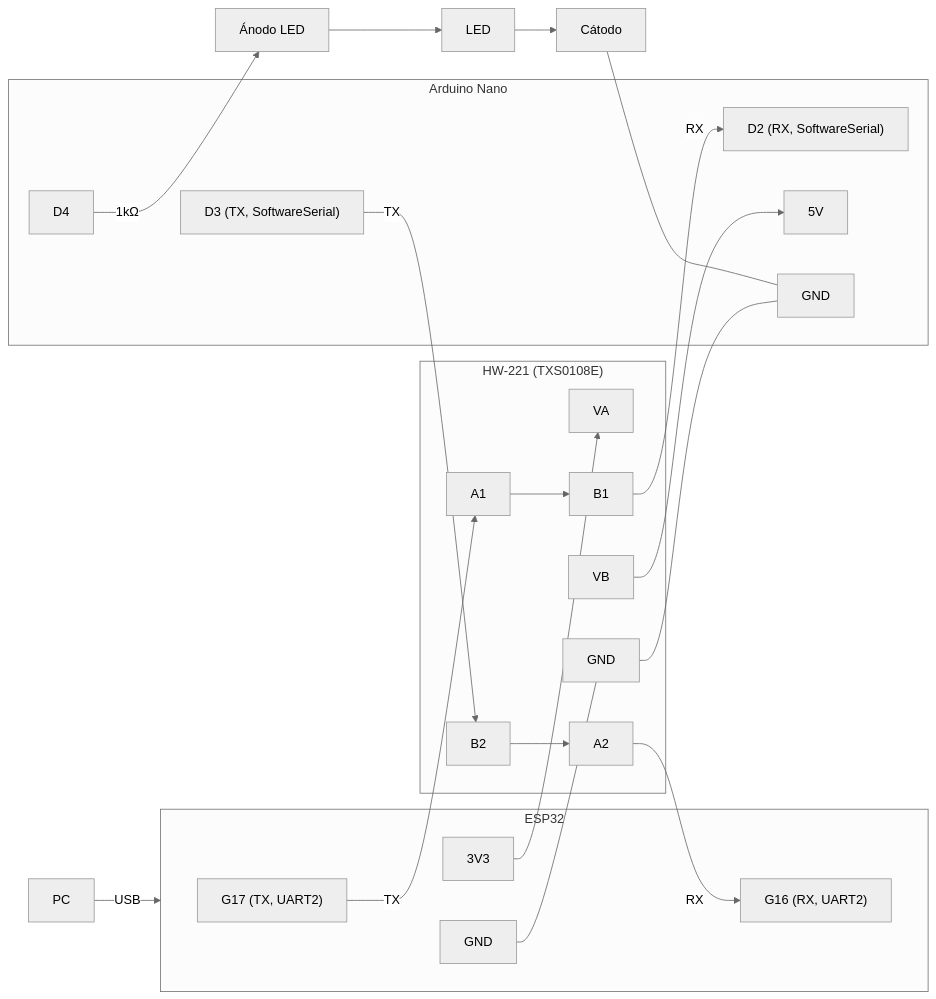
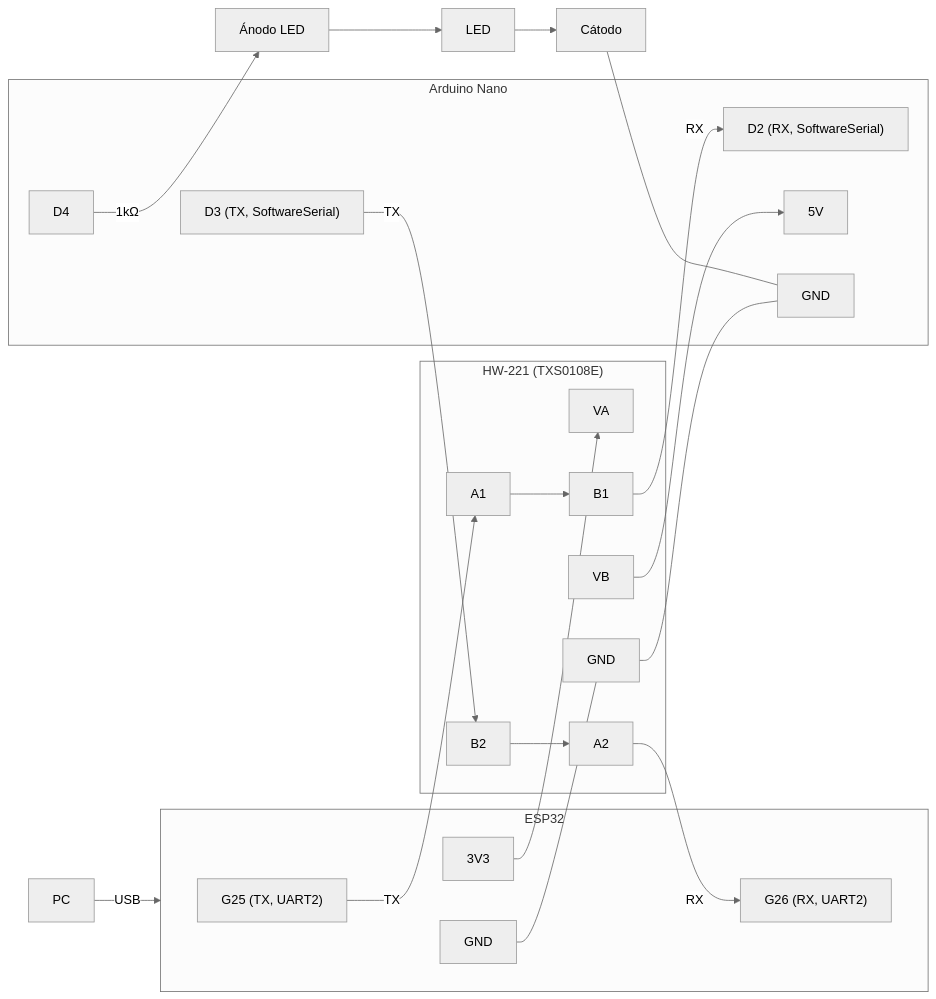
One commit to ealegremendoza/BrazoRobotico changed the first of 2 diagrams in doc/md/bitacora-E05-arduino.md. Above: the diagram before and after it, drawn with Mermaid (neutral theme). The commit also changed other lines of this file, not shown here.

First line of the commit message:
docs(E05): reassign UART2 pins from G17/G16 to G25/G26

````diff
--- a/doc/md/bitacora-E05-arduino.md
+++ b/doc/md/bitacora-E05-arduino.md
@@ -24,47 +24,47 @@
 ```mermaid
 graph LR
     PC["PC"] -->|USB| ESP32
 
     subgraph ESP32["ESP32"]
-        E_G17["G17 (TX, UART2)"]
-        E_G16["G16 (RX, UART2)"]
+        E_G25["G25 (TX, UART2)"]
+        E_G26["G26 (RX, UART2)"]
         E_3V3["3V3"]
         E_GND1["GND"]
     end
 
     subgraph HW221["HW-221 (TXS0108E)"]
         H_VA["VA"]
         H_A1["A1"]
         H_A2["A2"]
         H_VB["VB"]
         H_B1["B1"]
         H_B2["B2"]
         H_GND["GND"]
     end
 
     subgraph NANO["Arduino Nano"]
         N_D2["D2 (RX, SoftwareSerial)"]
         N_D3["D3 (TX, SoftwareSerial)"]
         N_5V["5V"]
         N_GND["GND"]
         N_D4["D4"]
     end
 
     E_3V3 --> H_VA
     E_GND1 --- H_GND
-    E_G17 -->|TX| H_A1
+    E_G25 -->|TX| H_A1
     H_A1 --> H_B1
     H_B1 -->|RX| N_D2
 
     N_D3 -->|TX| H_B2
     H_B2 --> H_A2
-    H_A2 -->|RX| E_G16
+    H_A2 -->|RX| E_G26
 
     H_VB --> N_5V
     H_GND --- N_GND
 
     N_D4 -->|"1kΩ"| LED_A["Ánodo LED"]
     LED_A --> LED["LED"]
     LED --> LED_K["Cátodo"]
     LED_K --- N_GND
 ```
````
